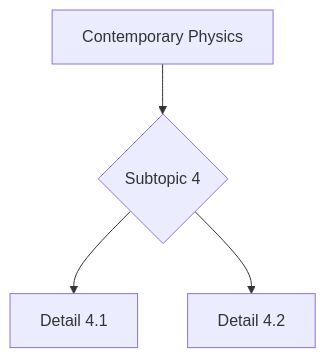
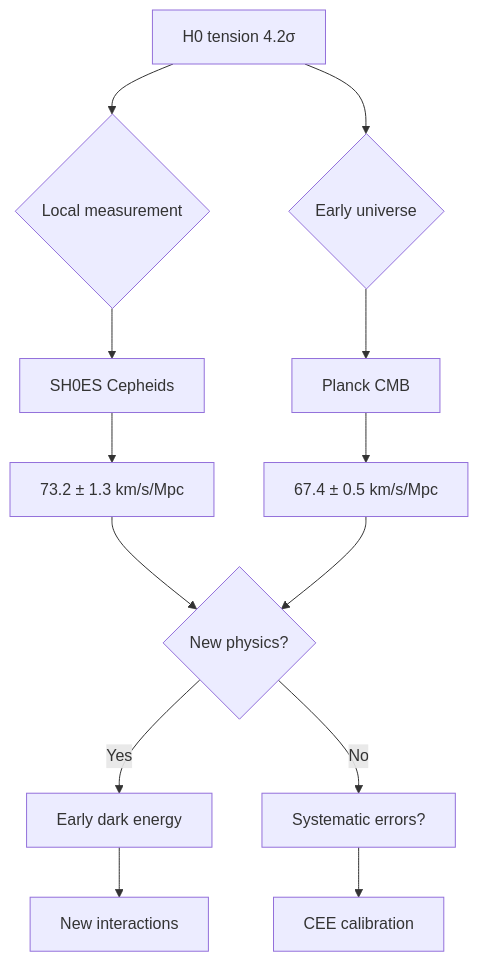
One commit to yip-lgtm/PhysicsSelfStudy changed the tenth of 10 diagrams in 03_MSc_Physics/core_courses/MSPY_5120_Contemporary_Physics/README.md. Above: the diagram before and after it, drawn with Mermaid. The commit also changed other lines of this file and 21 other files, not shown here.

````diff
--- a/03_MSc_Physics/core_courses/MSPY_5120_Contemporary_Physics/README.md
+++ b/03_MSc_Physics/core_courses/MSPY_5120_Contemporary_Physics/README.md
@@ -283,6 +633,15 @@
 ```mermaid
 graph TD
-    A[Contemporary Physics] --> B{Subtopic 4}
-    B --> C[Detail 4.1]
-    B --> D[Detail 4.2]
+    A[H0 tension 4.2σ] --> B{Local measurement}
+    A --> C{Early universe}
+    B --> D[SH0ES Cepheids]
+    C --> E[Planck CMB]
+    D --> F[73.2 ± 1.3 km/s/Mpc]
+    E --> G[67.4 ± 0.5 km/s/Mpc]
+    F --> H{New physics?}
+    G --> H
+    H -->|Yes| I[Early dark energy]
+    H -->|No| J[Systematic errors?]
+    I --> K[New interactions]
+    J --> L[CEE calibration]
 ```
````
